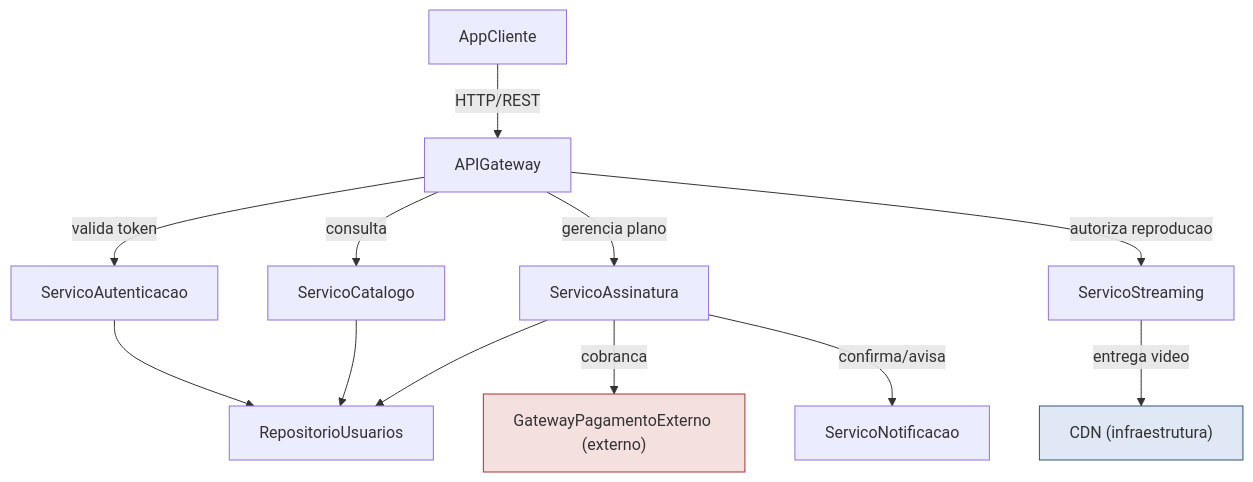
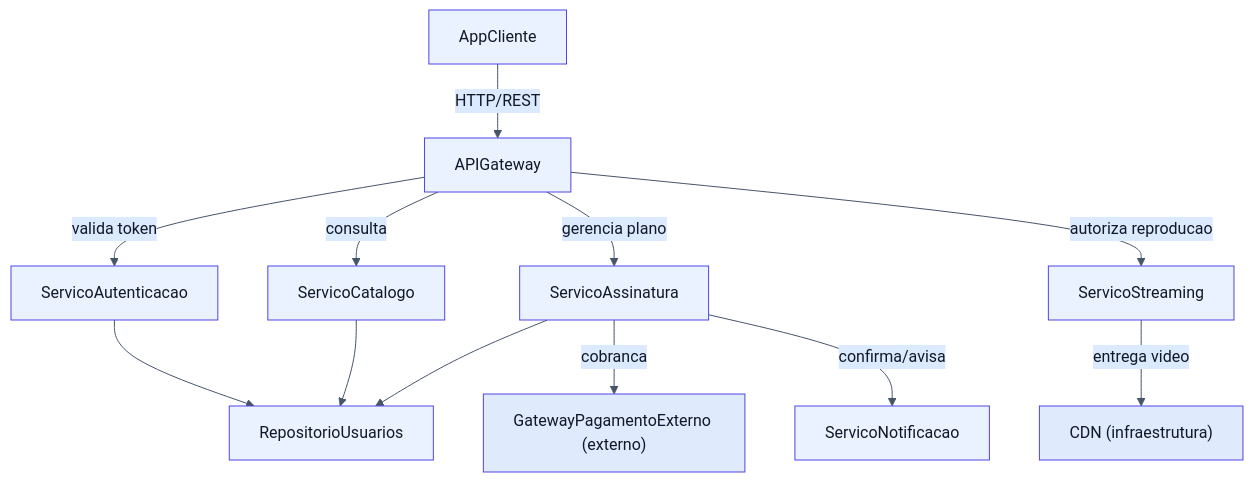
One commit to DaviPatricio06/meus-estudos-vvts changed the first of 17 diagrams in README.MD. Above: the diagram before and after it, drawn with Mermaid. The commit also changed other lines of this file, not shown here.

````diff
--- a/README.MD
+++ b/README.MD
@@ -18,20 +20,29 @@
 ```mermaid
+%%{init: {'theme': 'base', 'themeVariables': { 'background': '#f8fafc', 'primaryColor': '#e8f0ff', 'primaryTextColor': '#111827', 'primaryBorderColor': '#4f46e5', 'lineColor': '#475569', 'secondaryColor': '#dbeafe', 'tertiaryColor': '#e0f2fe', 'fontFamily': 'Segoe UI, Arial, sans-serif' }}}%%
 graph TD
     AppCliente["AppCliente"] -->|HTTP/REST| APIGateway["APIGateway"]
 
     APIGateway -->|valida token| ServicoAutenticacao["ServicoAutenticacao"]
     APIGateway -->|consulta| ServicoCatalogo["ServicoCatalogo"]
     APIGateway -->|gerencia plano| ServicoAssinatura["ServicoAssinatura"]
     APIGateway -->|autoriza reproducao| ServicoStreaming["ServicoStreaming"]
 
     ServicoAutenticacao --> RepositorioUsuarios["RepositorioUsuarios"]
     ServicoCatalogo --> RepositorioUsuarios
     ServicoAssinatura --> RepositorioUsuarios
     ServicoAssinatura -->|cobranca| GatewayPagamentoExterno["GatewayPagamentoExterno (externo)"]
     ServicoAssinatura -->|confirma/avisa| ServicoNotificacao["ServicoNotificacao"]
 
     ServicoStreaming -->|entrega video| CDN["CDN (infraestrutura)"]
 
-    style GatewayPagamentoExterno fill:#f5e0e0,stroke:#a33
-    style CDN fill:#e0e8f5,stroke:#357
+    style AppCliente fill:#eaf2ff,stroke:#4f46e5,color:#111827
+    style APIGateway fill:#eaf2ff,stroke:#4f46e5,color:#111827
+    style ServicoAutenticacao fill:#eaf2ff,stroke:#4f46e5,color:#111827
+    style ServicoCatalogo fill:#eaf2ff,stroke:#4f46e5,color:#111827
+    style ServicoAssinatura fill:#eaf2ff,stroke:#4f46e5,color:#111827
+    style ServicoStreaming fill:#eaf2ff,stroke:#4f46e5,color:#111827
+    style ServicoNotificacao fill:#eaf2ff,stroke:#4f46e5,color:#111827
+    style RepositorioUsuarios fill:#eaf2ff,stroke:#4f46e5,color:#111827
+    style GatewayPagamentoExterno fill:#dfeafc,stroke:#4f46e5,color:#111827
+    style CDN fill:#dfeafc,stroke:#4f46e5,color:#111827
 ```
````
